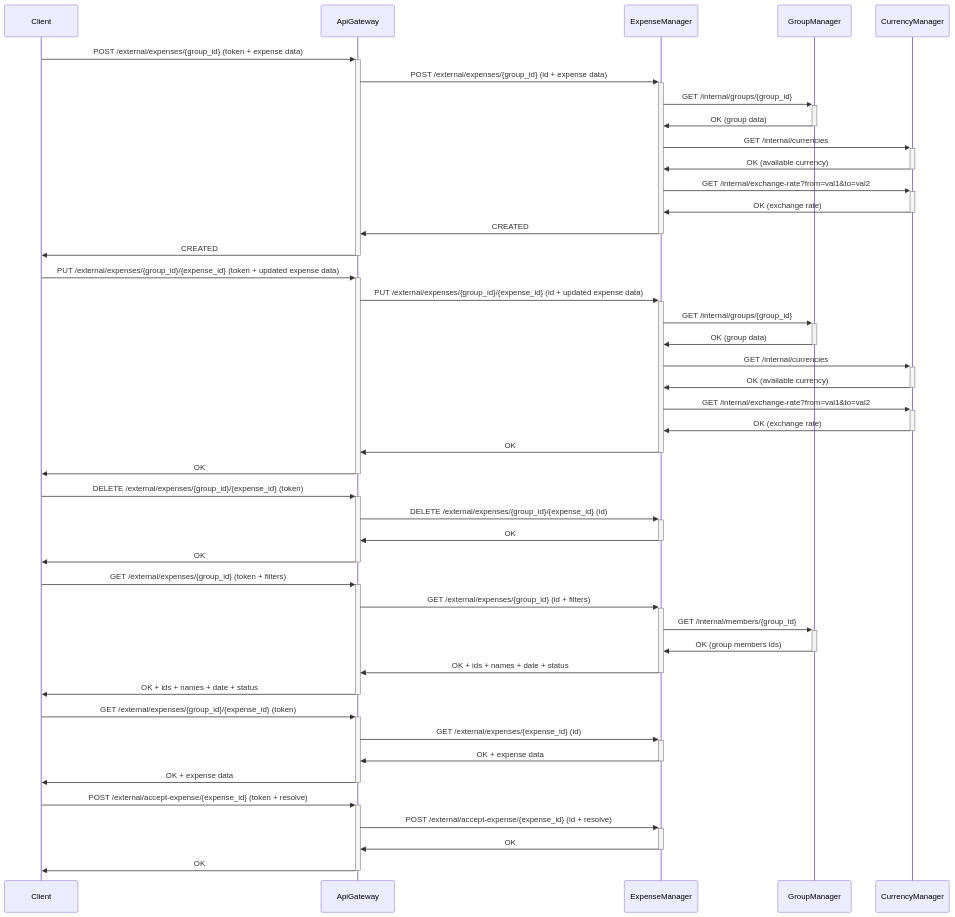
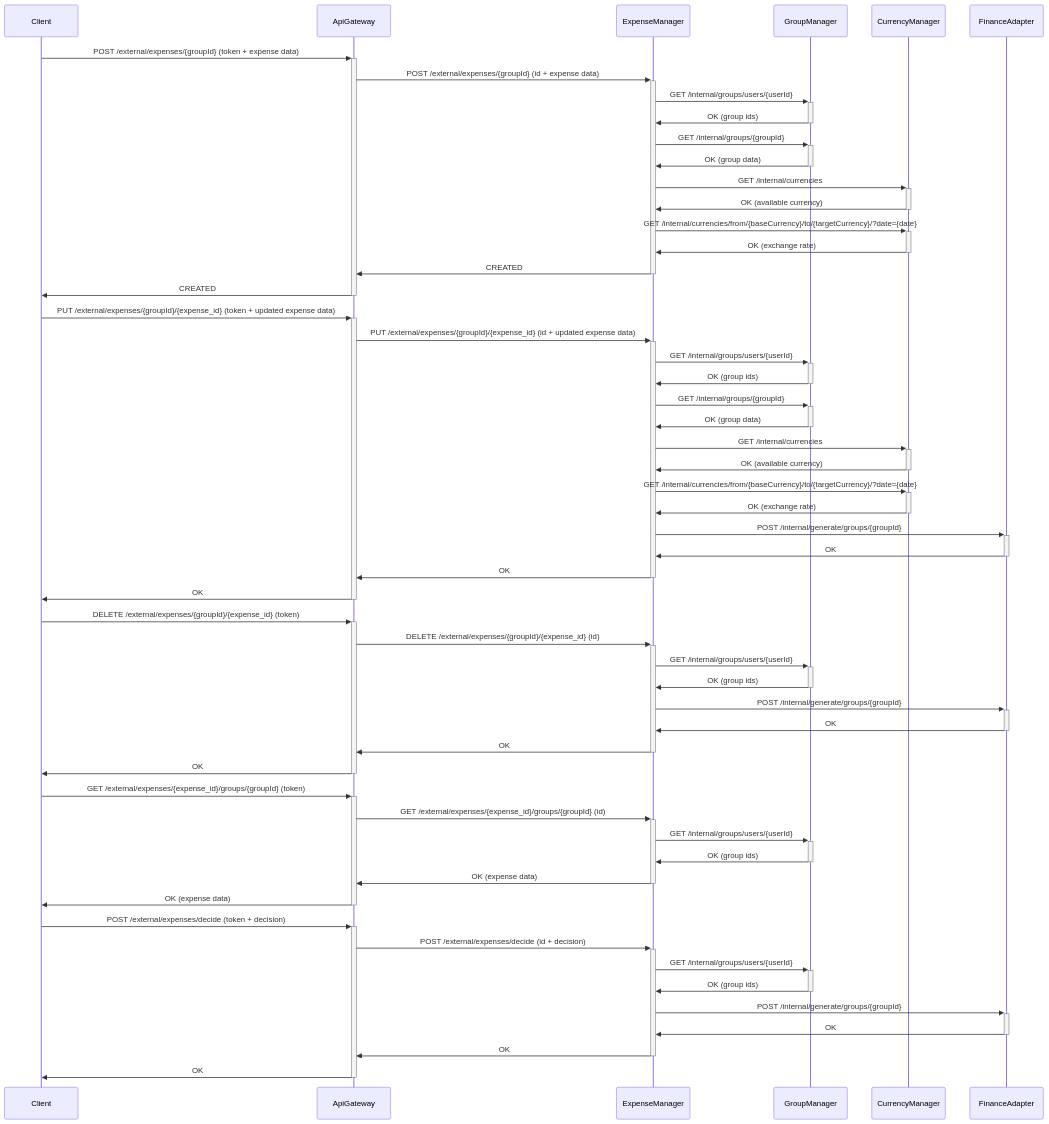
The sixth of 11 diagrams in docs/diagrams.md (Group-Expense-Manager/gem-docs), drawn with Mermaid before and after one commit. The commit also changed other lines of this file and 1 other file, not shown here.

Commit message:
updated flow diagrams & database classes

````diff
--- a/docs/diagrams.md
+++ b/docs/diagrams.md
@@ -213,49 +240,57 @@
-``` mermaid
+```mermaid
 sequenceDiagram
 
-Client->>+ApiGateway: POST /external/expenses/{group_id} (token + expense data)
-ApiGateway->>+ExpenseManager: POST /external/expenses/{group_id} (id + expense data)
-ExpenseManager->>+GroupManager: GET /internal/groups/{group_id}
+Client->>+ApiGateway: POST /external/expenses/{groupId} (token + expense data)
+ApiGateway->>+ExpenseManager: POST /external/expenses/{groupId} (id + expense data)
+ExpenseManager->>+ GroupManager: GET /internal/groups/users/{userId}
+GroupManager->>- ExpenseManager: OK (group ids)
+ExpenseManager->>+GroupManager: GET /internal/groups/{groupId}
 GroupManager->>-ExpenseManager: OK (group data)
 ExpenseManager->>+CurrencyManager: GET /internal/currencies
 CurrencyManager->>-ExpenseManager: OK (available currency)
-ExpenseManager->>+CurrencyManager: GET /internal/exchange-rate?from=val1&to=val2
+ExpenseManager->>+CurrencyManager: GET /internal/currencies/from/{baseCurrency}/to/{targetCurrency}/?date={date}
 CurrencyManager->>-ExpenseManager: OK (exchange rate)
 ExpenseManager->>-ApiGateway: CREATED
 ApiGateway->>-Client: CREATED
 
 
-Client->>+ApiGateway: PUT /external/expenses/{group_id}/{expense_id} (token + updated expense data)
-ApiGateway->>+ExpenseManager: PUT /external/expenses/{group_id}/{expense_id} (id + updated expense data)
-ExpenseManager->>+GroupManager: GET /internal/groups/{group_id}
+Client->>+ApiGateway: PUT /external/expenses/{groupId}/{expense_id} (token + updated expense data)
+ApiGateway->>+ExpenseManager: PUT /external/expenses/{groupId}/{expense_id} (id + updated expense data)
+ExpenseManager->>+ GroupManager: GET /internal/groups/users/{userId}
+GroupManager->>- ExpenseManager: OK (group ids)
+ExpenseManager->>+GroupManager: GET /internal/groups/{groupId}
 GroupManager->>-ExpenseManager: OK (group data)
 ExpenseManager->>+CurrencyManager: GET /internal/currencies
 CurrencyManager->>-ExpenseManager: OK (available currency)
-ExpenseManager->>+CurrencyManager: GET /internal/exchange-rate?from=val1&to=val2
+ExpenseManager->>+CurrencyManager: GET /internal/currencies/from/{baseCurrency}/to/{targetCurrency}/?date={date}
 CurrencyManager->>-ExpenseManager: OK (exchange rate)
+ExpenseManager->>+FinanceAdapter: POST /internal/generate/groups/{groupId}
+FinanceAdapter->>-ExpenseManager: OK
 ExpenseManager->>-ApiGateway: OK
 ApiGateway->>-Client: OK
 
-Client->>+ApiGateway: DELETE /external/expenses/{group_id}/{expense_id} (token)
-ApiGateway->>+ExpenseManager: DELETE /external/expenses/{group_id}/{expense_id} (id)
+Client->>+ApiGateway: DELETE /external/expenses/{groupId}/{expense_id} (token)
+ApiGateway->>+ExpenseManager: DELETE /external/expenses/{groupId}/{expense_id} (id)
+ExpenseManager->>+ GroupManager: GET /internal/groups/users/{userId}
+GroupManager->>- ExpenseManager: OK (group ids)
+ExpenseManager->>+FinanceAdapter: POST /internal/generate/groups/{groupId}
+FinanceAdapter->>-ExpenseManager: OK
 ExpenseManager->>-ApiGateway: OK
 ApiGateway->>-Client: OK
 
-Client->>+ApiGateway: GET /external/expenses/{group_id} (token + filters)
-ApiGateway->>+ExpenseManager: GET /external/expenses/{group_id} (id + filters)
-ExpenseManager->>+GroupManager: GET /internal/members/{group_id}
-GroupManager->>-ExpenseManager: OK (group members ids)
-ExpenseManager->>-ApiGateway: OK + ids + names  + date + status
-ApiGateway->>-Client: OK + ids + names  + date + status
+Client->>+ApiGateway: GET /external/expenses/{expense_id}/groups/{groupId} (token)
+ApiGateway->>+ExpenseManager: GET /external/expenses/{expense_id}/groups/{groupId} (id)
+ExpenseManager->>+ GroupManager: GET /internal/groups/users/{userId}
+GroupManager->>- ExpenseManager: OK (group ids)
+ExpenseManager->>-ApiGateway: OK (expense data)
+ApiGateway->>-Client: OK (expense data)
 
-
-Client->>+ApiGateway: GET /external/expenses/{group_id}/{expense_id} (token)
-ApiGateway->>+ExpenseManager: GET /external/expenses/{expense_id} (id)
-ExpenseManager->>-ApiGateway: OK + expense data
-ApiGateway->>-Client: OK + expense data
-
-Client->>+ApiGateway: POST /external/accept-expense/{expense_id} (token + resolve)
-ApiGateway->>+ExpenseManager: POST /external/accept-expense/{expense_id} (id + resolve)
+Client->>+ApiGateway: POST /external/expenses/decide (token + decision)
+ApiGateway->>+ExpenseManager: POST /external/expenses/decide (id + decision)
+ExpenseManager->>+ GroupManager: GET /internal/groups/users/{userId}
+GroupManager->>- ExpenseManager: OK (group ids)
+ExpenseManager->>+FinanceAdapter: POST /internal/generate/groups/{groupId}
+FinanceAdapter->>-ExpenseManager: OK
 ExpenseManager->>-ApiGateway: OK
 ApiGateway->>-Client: OK
 ```
````
